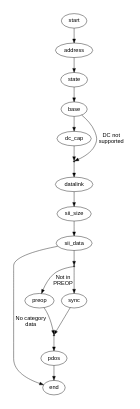
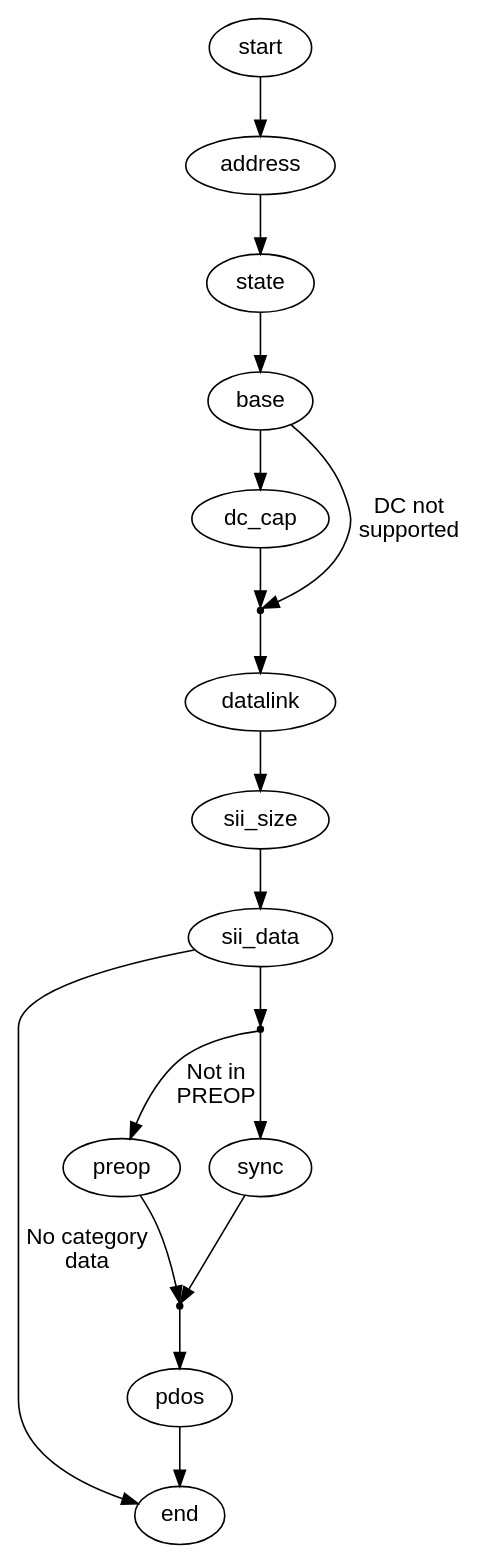
One commit to ribalda/ethercat changed the diagram in documentation/graphs/fsm_slave_scan.dot. Above: the diagram before and after it, drawn with Graphviz. The commit also changed 664 other files, not shown here.

```diff
--- a/documentation/graphs/fsm_slave_scan.dot
+++ b/documentation/graphs/fsm_slave_scan.dot
@@ -1,53 +1,53 @@
 
 /* $Id$ */
 
 digraph slavescan {
-    size="1,7"
+    node [fontname="Helvetica"]
 
-    start [fontname="Helvetica"]
+    start
     start -> address [weight=10]
 
-    address [fontname="Helvetica"]
+    address
     address -> state [weight=10]
 
-    state [fontname="Helvetica"]
+    state
     state -> base [weight=10]
 
-    base [fontname="Helvetica"]
+    base
     base -> dc_cap [weight=10]
     base -> enter_datalink [fontname="Helvetica", label="DC not\nsupported"]
 
-    dc_cap [fontname="Helvetica"]
+    dc_cap
     dc_cap -> enter_datalink [weight=10]
 
     enter_datalink [shape=point, label=""]
     enter_datalink -> datalink [weight=10]
 
-    datalink [fontname="Helvetica"]
+    datalink
     datalink -> sii_size [weight=10]
 
-    sii_size [fontname="Helvetica"]
+    sii_size
     sii_size -> sii_data [weight=10]
 
-    sii_data [fontname="Helvetica"]
+    sii_data
     sii_data -> end [fontname="Helvetica", label="No category\ndata"]
     sii_data -> enter_preop [weight=10]
 
     enter_preop [shape=point, label=""]
     enter_preop -> preop [fontname="Helvetica", label="Not in\nPREOP"]
     enter_preop -> sync [weight=10]
 
-    preop [fontname="Helvetica"]
+    preop
     preop -> enter_pdos [weight=10]
 
-    sync [fontname="Helvetica"]
+    sync
     sync -> enter_pdos [weight=10]
 
     enter_pdos [shape=point, label=""]
     enter_pdos -> pdos [weight=10]
 
-    pdos [fontname="Helvetica"]
+    pdos
     pdos -> end [weight=10]
 
-    end [fontname="Helvetica"]
+    end
 }
```
